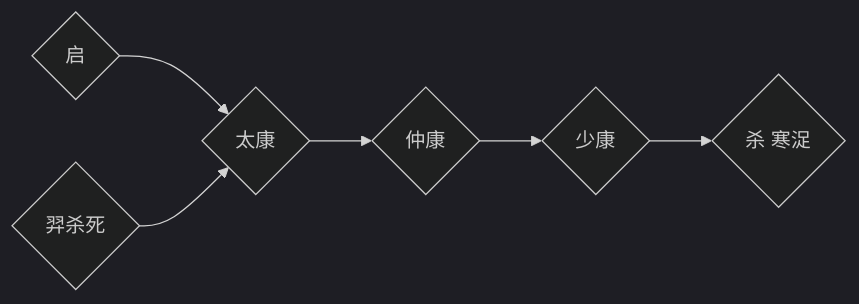
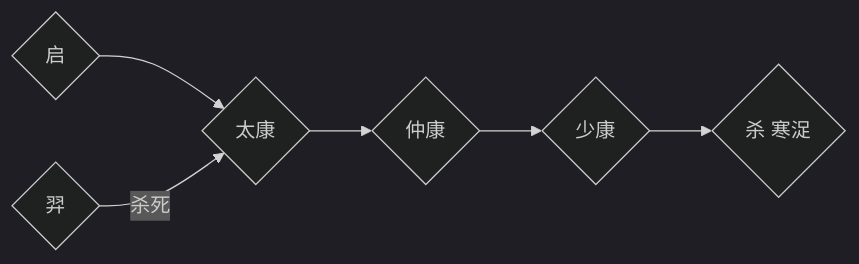
The diagram in [9] 读书/[9-3] 中国历史/[9-3-1] 通史.md (guofei9987/MyKnowledge), drawn with Mermaid (dark theme) before and after one commit. The commit also changed 7 other files, not shown here.

````diff
--- a/[9] 读书/[9-3] 中国历史/[9-3-1] 通史.md
+++ b/[9] 读书/[9-3] 中国历史/[9-3-1] 通史.md
@@ -10,8 +10,8 @@
-```{mermaid}
+```mermaid
 graph LR
 A{启}-->B{太康 }
 B-->C{仲康}  
 C-->D{少康}
-E{羿杀死}-->B
+E{羿}--杀死-->B
 D-->F{杀 寒浞}
 ```
````
